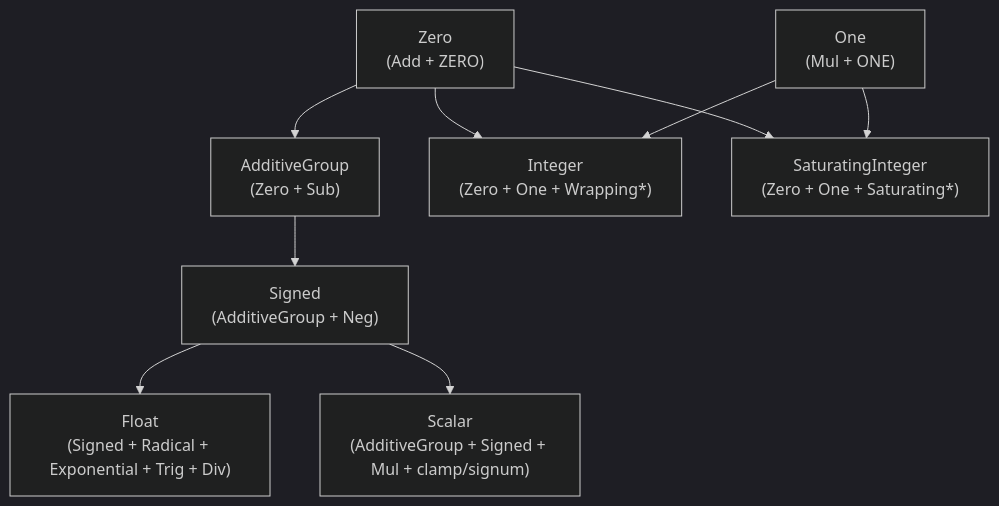
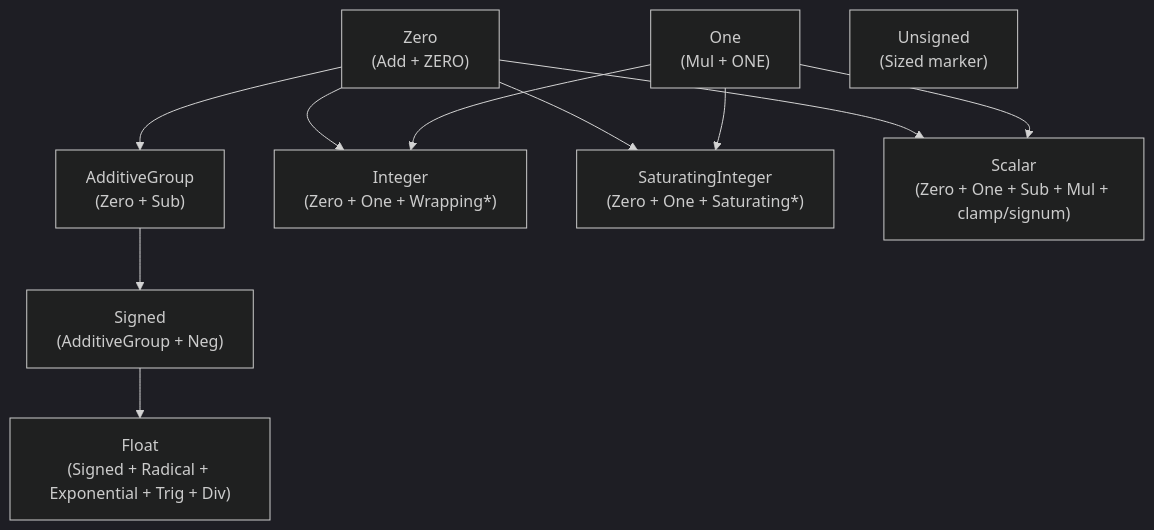
Before and after one commit to Dyse-Industries/control-rs: the diagram in documentation/math/design/num-traits-design.md, drawn with Mermaid (dark theme). The commit also changed other lines of this file and 56 other files, not shown here.

````diff
--- a/documentation/math/design/num-traits-design.md
+++ b/documentation/math/design/num-traits-design.md
@@ -140,13 +63,15 @@
 ```mermaid
 graph TD
     Zero["Zero<br/>(Add + ZERO)"]
     One["One<br/>(Mul + ONE)"]
     Zero --> AdditiveGroup["AdditiveGroup<br/>(Zero + Sub)"]
     AdditiveGroup --> Signed["Signed<br/>(AdditiveGroup + Neg)"]
     Zero --> Integer["Integer<br/>(Zero + One + Wrapping*)"]
     One --> Integer
     Zero --> SaturatingInteger["SaturatingInteger<br/>(Zero + One + Saturating*)"]
     One --> SaturatingInteger
+    Zero --> Scalar["Scalar<br/>(Zero + One + Sub + Mul + clamp/signum)"]
+    One --> Scalar
     Signed --> Float["Float<br/>(Signed + Radical + Exponential + Trig + Div)"]
-    Signed --> Scalar["Scalar<br/>(AdditiveGroup + Signed + Mul + clamp/signum)"]
+    Unsigned["Unsigned<br/>(Sized marker)"]
 ```
````
